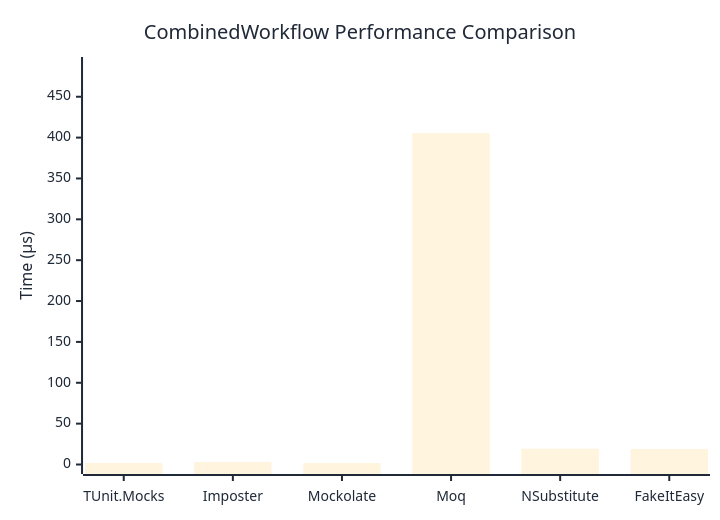
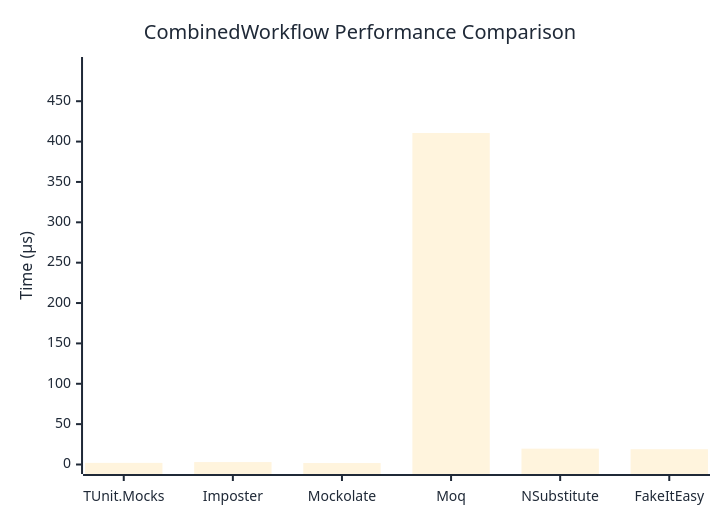
Before and after one commit to thomhurst/TUnit: the diagram in docs/docs/benchmarks/mocks/CombinedWorkflow.md, drawn with Mermaid. The commit also changed other lines of this file and 14 other files, not shown here.

````diff
--- a/docs/docs/benchmarks/mocks/CombinedWorkflow.md
+++ b/docs/docs/benchmarks/mocks/CombinedWorkflow.md
@@ -30,27 +30,27 @@
 ```mermaid
 %%{init: {
   'theme':'base',
   'themeVariables': {
     'primaryColor': '#2563eb',
     'primaryTextColor': '#1f2937',
     'primaryBorderColor': '#1e40af',
     'lineColor': '#6b7280',
     'secondaryColor': '#7c3aed',
     'tertiaryColor': '#dc2626',
     'background': '#ffffff',
     'pie1': '#2563eb',
     'pie2': '#7c3aed',
     'pie3': '#dc2626',
     'pie4': '#f59e0b',
     'pie5': '#10b981',
     'pie6': '#06b6d4',
     'pie7': '#ec4899',
     'pie8': '#6366f1'
   }
 }}%%
 xychart-beta
   title "CombinedWorkflow Performance Comparison"
   x-axis ["TUnit.Mocks", "Imposter", "Mockolate", "Moq", "NSubstitute", "FakeItEasy"]
-  y-axis "Time (μs)" 0 --> 487
-  bar [1.965, 2.966, 1.774, 405.519, 19.296, 18.956]
+  y-axis "Time (μs)" 0 --> 493
+  bar [2.01, 2.997, 1.805, 410.603, 19.615, 18.916]
 ```
````
